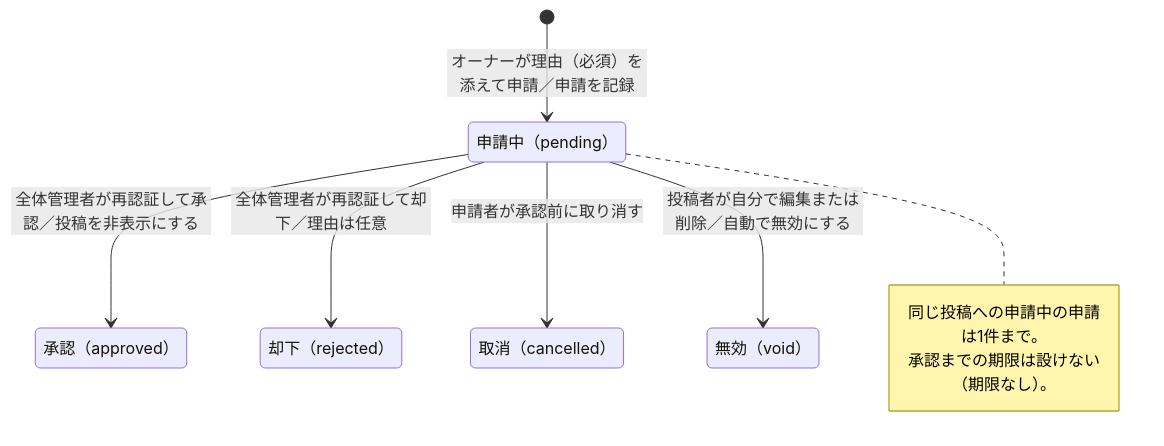
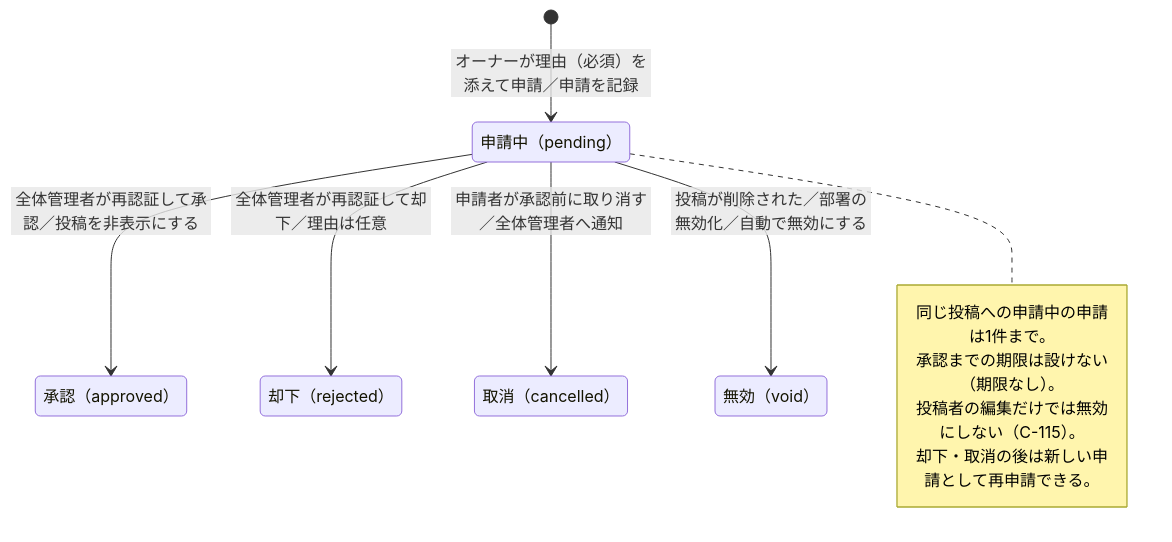
The tenth of 10 diagrams in docs/requirements/state-transitions.md (yamamotonaoki3/internal-system), drawn with Mermaid before and after one commit. The commit also changed other lines of this file and 10 other files, not shown here.

````diff
--- a/docs/requirements/state-transitions.md
+++ b/docs/requirements/state-transitions.md
@@ -251,17 +263,19 @@
 ```mermaid
 stateDiagram-v2
     state "申請中（pending）" as EdPending
     state "承認（approved）" as EdApproved
     state "却下（rejected）" as EdRejected
     state "取消（cancelled）" as EdCancelled
     state "無効（void）" as EdVoid
     [*] --> EdPending: オーナーが理由（必須）を添えて申請／申請を記録
     EdPending --> EdApproved: 全体管理者が再認証して承認／投稿を非表示にする
     EdPending --> EdRejected: 全体管理者が再認証して却下／理由は任意
-    EdPending --> EdCancelled: 申請者が承認前に取り消す
-    EdPending --> EdVoid: 投稿者が自分で編集または削除／自動で無効にする
+    EdPending --> EdCancelled: 申請者が承認前に取り消す／全体管理者へ通知
+    EdPending --> EdVoid: 投稿が削除された／部署の無効化／自動で無効にする
     note right of EdPending
         同じ投稿への申請中の申請は1件まで。
         承認までの期限は設けない（期限なし）。
+        投稿者の編集だけでは無効にしない（C-115）。
+        却下・取消の後は新しい申請として再申請できる。
     end note
 ```
````
